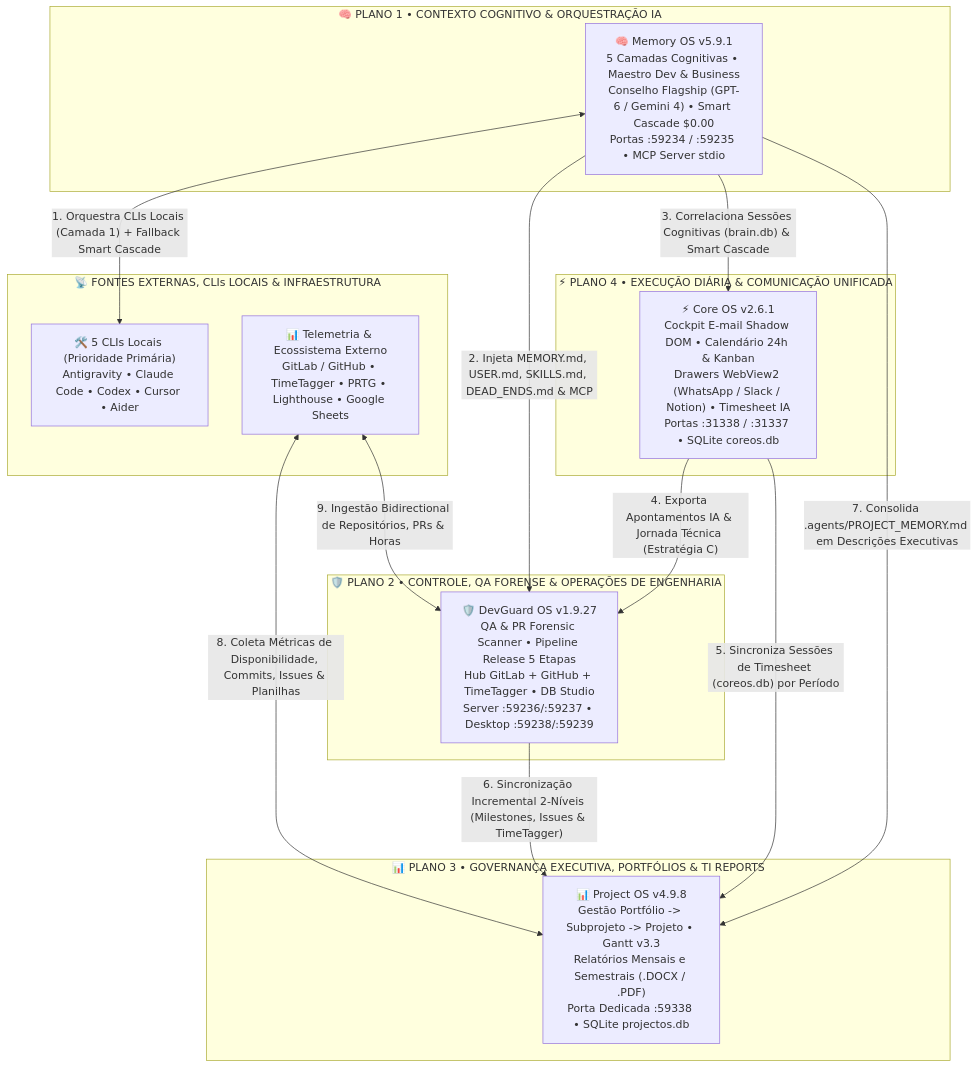
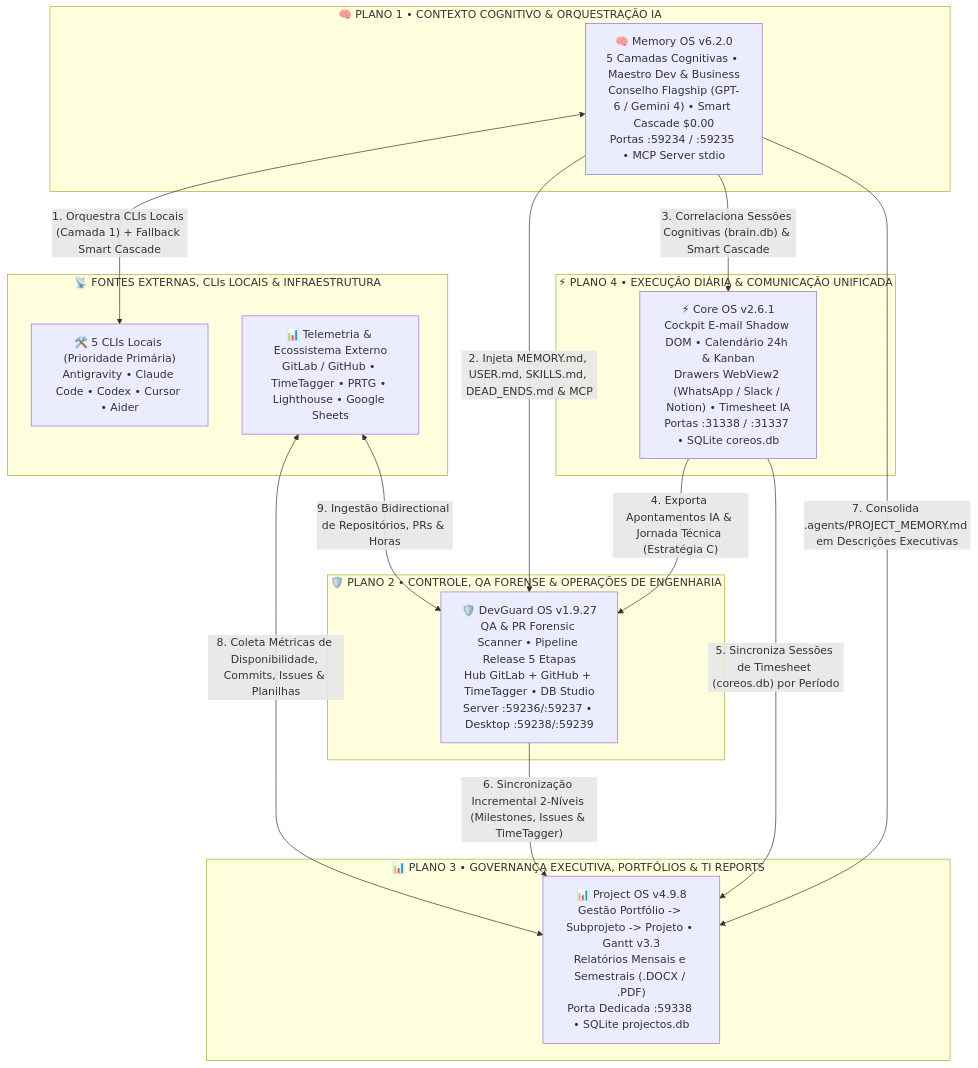
Before and after one commit to ProjectOS-system/.github: the diagram in profile/README.md, drawn with Mermaid. The commit also changed other lines of this file and 1 other file, not shown here.

Commit message:
docs(vti-research): add VTI-RES-2026-04 (DOI 10.5281/zenodo.24406146) and update Memory OS to v6.2.0

````diff
--- a/profile/README.md
+++ b/profile/README.md
@@ -36,33 +36,33 @@
 ```mermaid
 flowchart TD
     subgraph P1["🧠 PLANO 1 • CONTEXTO COGNITIVO & ORQUESTRAÇÃO IA"]
-        MOS["🧠 Memory OS v5.9.1<br/>5 Camadas Cognitivas • Maestro Dev & Business<br/>Conselho Flagship (GPT-6 / Gemini 4) • Smart Cascade $0.00<br/>Portas :59234 / :59235 • MCP Server stdio"]
+        MOS["🧠 Memory OS v6.2.0<br/>5 Camadas Cognitivas • Maestro Dev & Business<br/>Conselho Flagship (GPT-6 / Gemini 4) • Smart Cascade $0.00<br/>Portas :59234 / :59235 • MCP Server stdio"]
     end
 
     subgraph P4["⚡ PLANO 4 • EXECUÇÃO DIÁRIA & COMUNICAÇÃO UNIFICADA"]
         COS["⚡ Core OS v2.6.1<br/>Cockpit E-mail Shadow DOM • Calendário 24h & Kanban<br/>Drawers WebView2 (WhatsApp / Slack / Notion) • Timesheet IA<br/>Portas :31338 / :31337 • SQLite coreos.db"]
     end
 
     subgraph P2["🛡️ PLANO 2 • CONTROLE, QA FORENSE & OPERAÇÕES DE ENGENHARIA"]
         DG["🛡️ DevGuard OS v1.9.27<br/>QA & PR Forensic Scanner • Pipeline Release 5 Etapas<br/>Hub GitLab + GitHub + TimeTagger • DB Studio<br/>Server :59236/:59237 • Desktop :59238/:59239"]
     end
 
     subgraph P3["📊 PLANO 3 • GOVERNANÇA EXECUTIVA, PORTFÓLIOS & TI REPORTS"]
         POS["📊 Project OS v4.9.8<br/>Gestão Portfólio -> Subprojeto -> Projeto • Gantt v3.3<br/>Relatórios Mensais e Semestrais (.DOCX / .PDF)<br/>Porta Dedicada :59338 • SQLite projectos.db"]
     end
 
     subgraph EXT["📡 FONTES EXTERNAS, CLIs LOCAIS & INFRAESTRUTURA"]
         CLIS["🛠️ 5 CLIs Locais (Prioridade Primária)<br/>Antigravity • Claude Code • Codex • Cursor • Aider"]
         OPS["📊 Telemetria & Ecossistema Externo<br/>GitLab / GitHub • TimeTagger • PRTG • Lighthouse • Google Sheets"]
     end
 
     MOS <-->|"1. Orquestra CLIs Locais (Camada 1) + Fallback Smart Cascade"| CLIS
     MOS -->|"2. Injeta MEMORY.md, USER.md, SKILLS.md, DEAD_ENDS.md & MCP"| DG
     MOS -->|"3. Correlaciona Sessões Cognitivas (brain.db) & Smart Cascade"| COS
     COS -->|"4. Exporta Apontamentos IA & Jornada Técnica (Estratégia C)"| DG
     COS -->|"5. Sincroniza Sessões de Timesheet (coreos.db) por Período"| POS
     DG -->|"6. Sincronização Incremental 2-Níveis (Milestones, Issues & TimeTagger)"| POS
     MOS -->|"7. Consolida .agents/PROJECT_MEMORY.md em Descrições Executivas"| POS
     OPS <-->|"8. Coleta Métricas de Disponibilidade, Commits, Issues & Planilhas"| POS
     OPS <-->|"9. Ingestão Bidirectional de Repositórios, PRs & Horas"| DG
 ```
````
